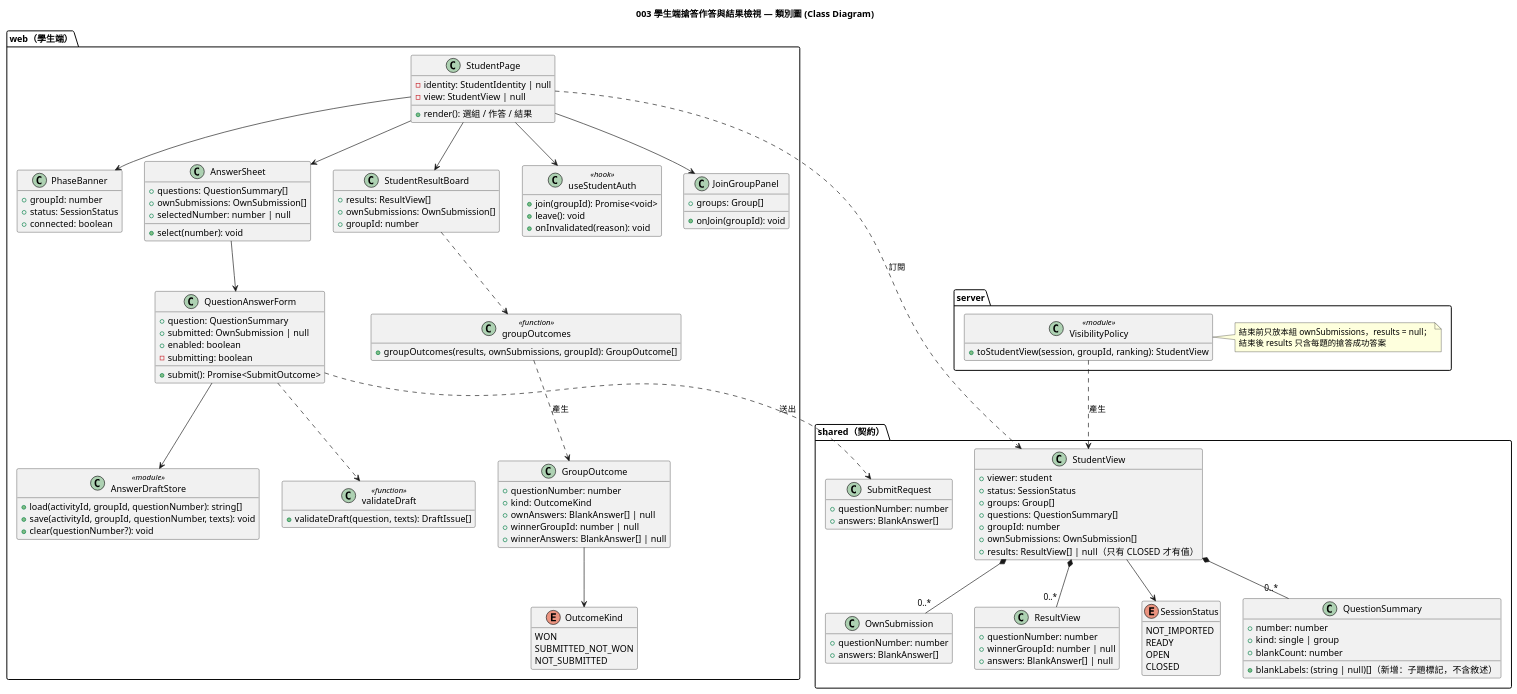
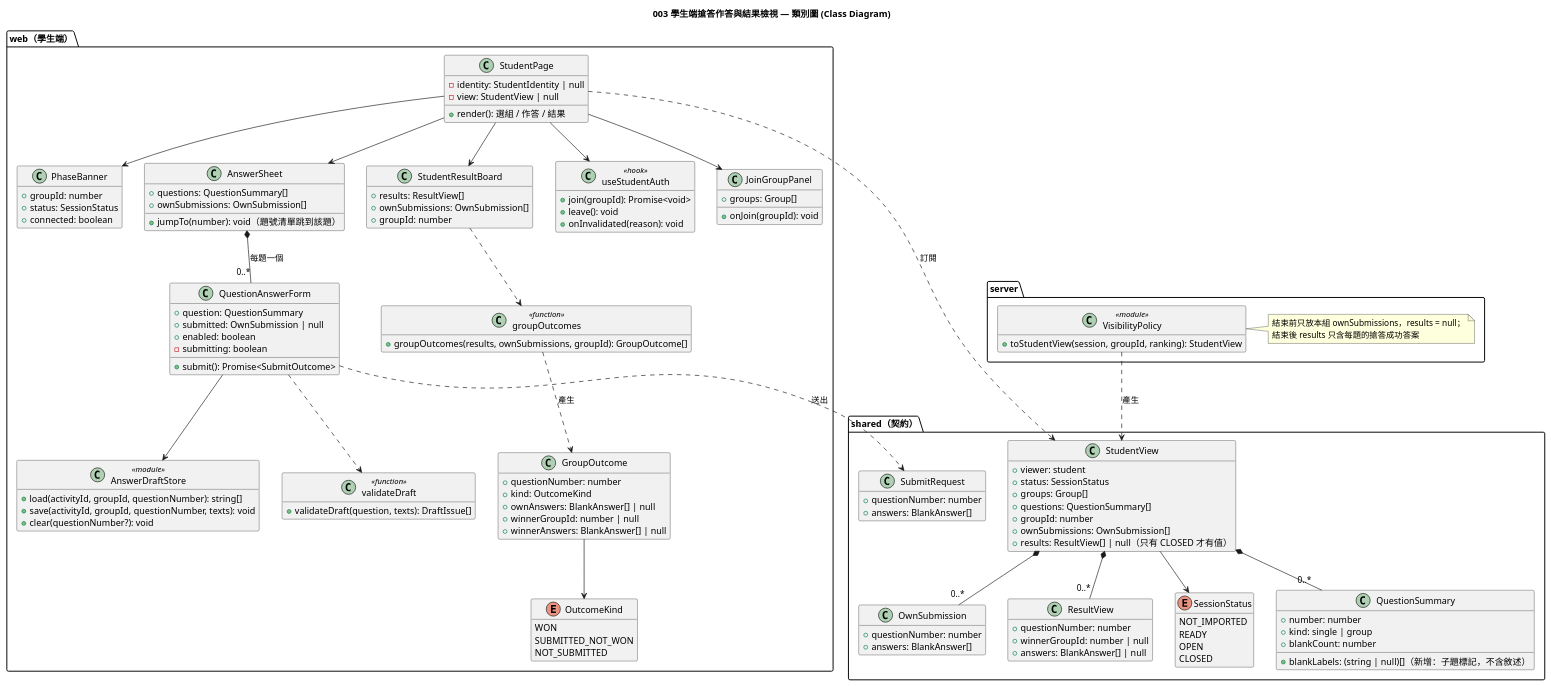
One commit to kevin20694569/classroom_response_system changed the diagram in diagrams/003-student-quiz-participation-class.puml. Above: the diagram before and after it, drawn with PlantUML. The commit also changed 4 other files, not shown here.

```diff
--- a/diagrams/003-student-quiz-participation-class.puml
+++ b/diagrams/003-student-quiz-participation-class.puml
@@ -1,135 +1,134 @@
 @startuml 003-student-quiz-participation-class
 ' 子功能 003：學生端搶答作答與結果檢視 — 類別圖（只列出本子功能新增或修改的成員；其餘沿用 001、002 類別圖）
 skinparam defaultFontName "PingFang TC"
 hide empty members
 title 003 學生端搶答作答與結果檢視 — 類別圖 (Class Diagram)
 
 package "shared（契約）" {
   enum SessionStatus {
     NOT_IMPORTED
     READY
     OPEN
     CLOSED
   }
   class QuestionSummary {
     +number: number
     +kind: single | group
     +blankCount: number
     +blankLabels: (string | null)[]（新增：子題標記，不含敘述）
   }
   class OwnSubmission {
     +questionNumber: number
     +answers: BlankAnswer[]
   }
   class ResultView {
     +questionNumber: number
     +winnerGroupId: number | null
     +answers: BlankAnswer[] | null
   }
   class StudentView {
     +viewer: student
     +status: SessionStatus
     +groups: Group[]
     +questions: QuestionSummary[]
     +groupId: number
     +ownSubmissions: OwnSubmission[]
     +results: ResultView[] | null（只有 CLOSED 才有值）
   }
   class SubmitRequest {
     +questionNumber: number
     +answers: BlankAnswer[]
   }
   StudentView *-- "0..*" QuestionSummary
   StudentView *-- "0..*" OwnSubmission
   StudentView *-- "0..*" ResultView
   StudentView --> SessionStatus
 }
 
 package "server" {
   class VisibilityPolicy <<module>> {
     +toStudentView(session, groupId, ranking): StudentView
   }
   note right of VisibilityPolicy
     結束前只放本組 ownSubmissions，results = null；
     結束後 results 只含每題的搶答成功答案
   end note
   VisibilityPolicy ..> StudentView : 產生
 }
 
 package "web（學生端）" {
   class StudentPage {
     -identity: StudentIdentity | null
     -view: StudentView | null
     +render(): 選組 / 作答 / 結果
   }
   class useStudentAuth <<hook>> {
     +join(groupId): Promise<void>
     +leave(): void
     +onInvalidated(reason): void
   }
   class JoinGroupPanel {
     +groups: Group[]
     +onJoin(groupId): void
   }
   class PhaseBanner {
     +groupId: number
     +status: SessionStatus
     +connected: boolean
   }
   class AnswerSheet {
     +questions: QuestionSummary[]
     +ownSubmissions: OwnSubmission[]
-    +selectedNumber: number | null
-    +select(number): void
+    +jumpTo(number): void（題號清單跳到該題）
   }
   class QuestionAnswerForm {
     +question: QuestionSummary
     +submitted: OwnSubmission | null
     +enabled: boolean
     -submitting: boolean
     +submit(): Promise<SubmitOutcome>
   }
   class AnswerDraftStore <<module>> {
     +load(activityId, groupId, questionNumber): string[]
     +save(activityId, groupId, questionNumber, texts): void
     +clear(questionNumber?): void
   }
   class validateDraft <<function>> {
     +validateDraft(question, texts): DraftIssue[]
   }
   class StudentResultBoard {
     +results: ResultView[]
     +ownSubmissions: OwnSubmission[]
     +groupId: number
   }
   class groupOutcomes <<function>> {
     +groupOutcomes(results, ownSubmissions, groupId): GroupOutcome[]
   }
   enum OutcomeKind {
     WON
     SUBMITTED_NOT_WON
     NOT_SUBMITTED
   }
   class GroupOutcome {
     +questionNumber: number
     +kind: OutcomeKind
     +ownAnswers: BlankAnswer[] | null
     +winnerGroupId: number | null
     +winnerAnswers: BlankAnswer[] | null
   }
 
   StudentPage --> useStudentAuth
   StudentPage --> JoinGroupPanel
   StudentPage --> PhaseBanner
   StudentPage --> AnswerSheet
   StudentPage --> StudentResultBoard
-  AnswerSheet --> QuestionAnswerForm
+  AnswerSheet *-- "0..*" QuestionAnswerForm : 每題一個
   QuestionAnswerForm --> AnswerDraftStore
   QuestionAnswerForm ..> validateDraft
   QuestionAnswerForm ..> SubmitRequest : 送出
   StudentResultBoard ..> groupOutcomes
   groupOutcomes ..> GroupOutcome : 產生
   GroupOutcome --> OutcomeKind
   StudentPage ..> StudentView : 訂閱
 }
 @enduml
```
